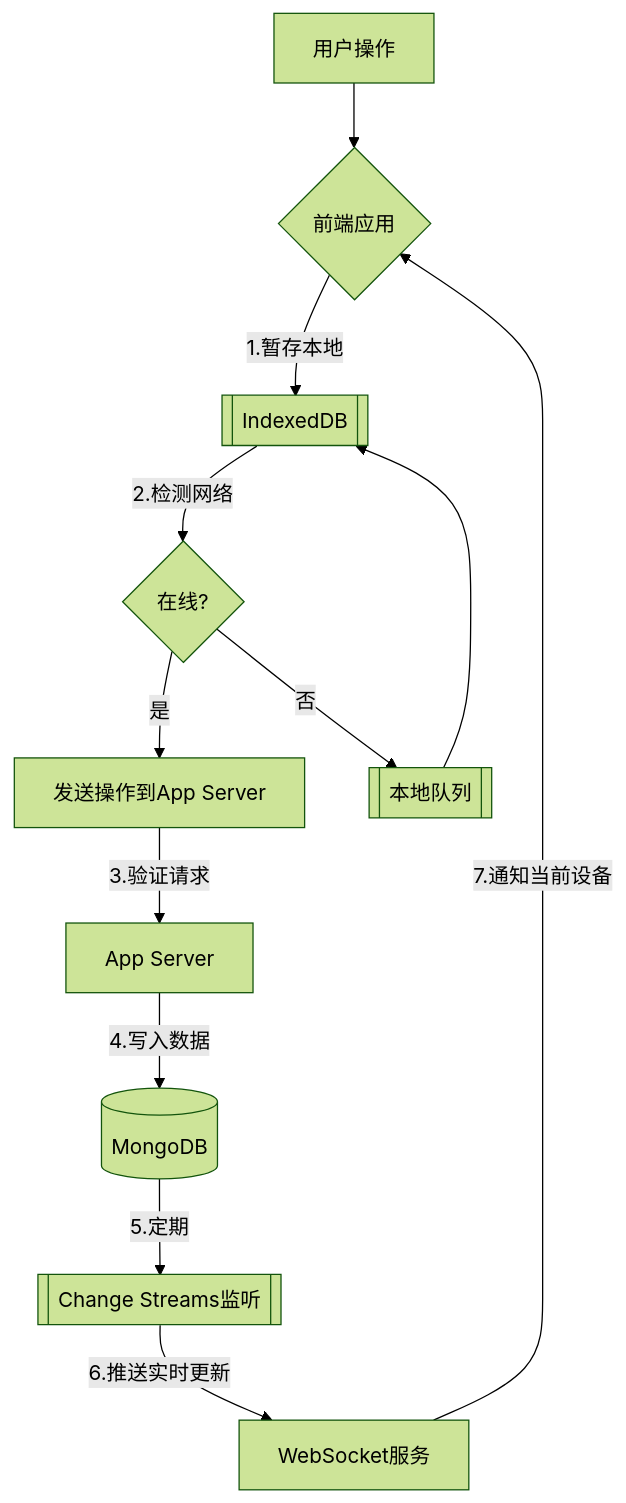
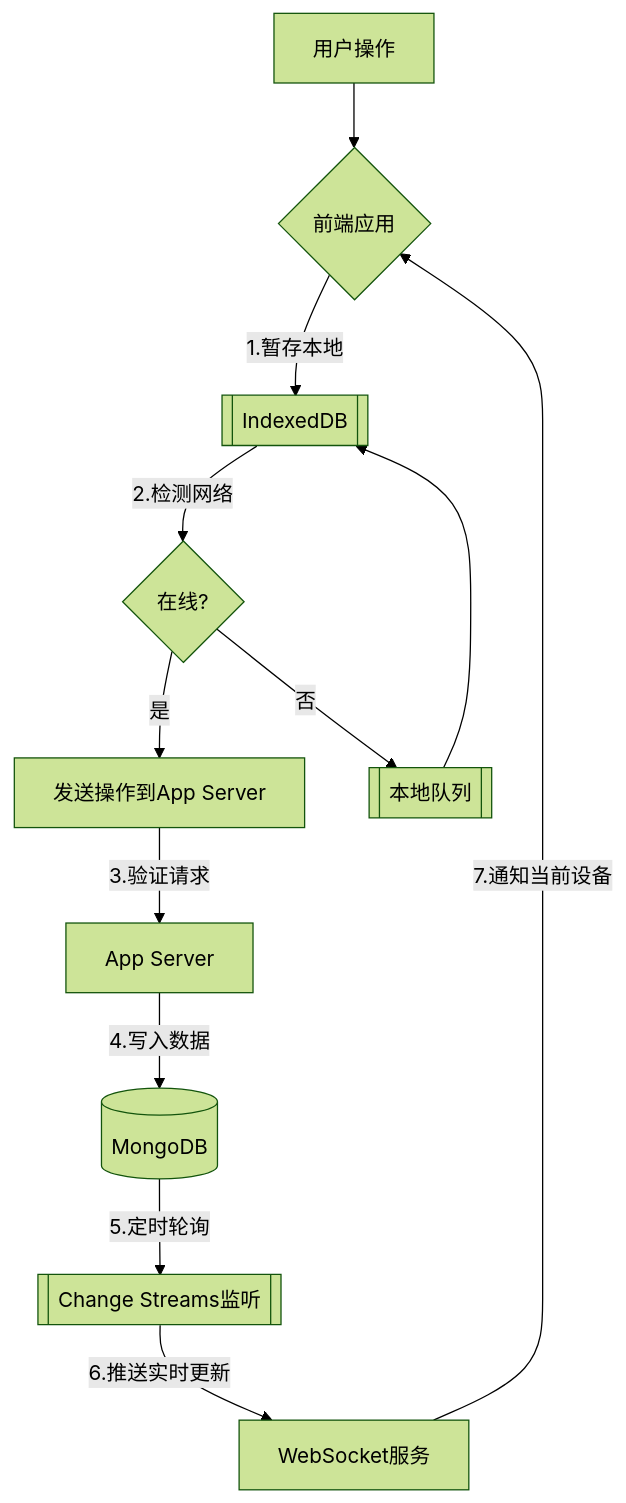
One commit to yingjianzh/iodraw-files changed the diagram in all/未命名-21.md. Above: the diagram before and after it, drawn with Mermaid (forest theme).

Commit message:
2025-02-17 14:53:51 update

````diff
--- a/all/未命名-21.md
+++ b/all/未命名-21.md
@@ -1,13 +1,13 @@
 ```mermaid
 graph TD
     A[用户操作] --> B{前端应用}
     B -->|1.暂存本地| C[[IndexedDB]]
     C -->|2.检测网络| D{在线?}
     D -->|是| E[发送操作到App Server]
     D -->|否| F[[本地队列]] --> C
     E -->|3.验证请求| G[App Server]
     G -->|4.写入数据| H[(MongoDB)]
-    H -->|5.定期| I[[Change Streams监听]]
+    H -->|5.定时轮询| I[[Change Streams监听]]
     I -->|6.推送实时更新| J[WebSocket服务]
     J -->|7.通知当前设备| B
 ```
````
